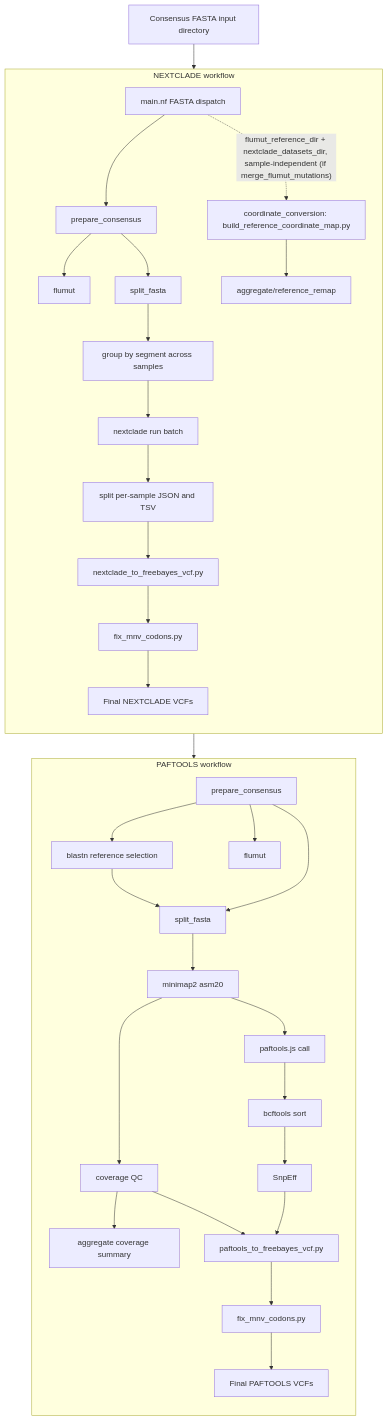
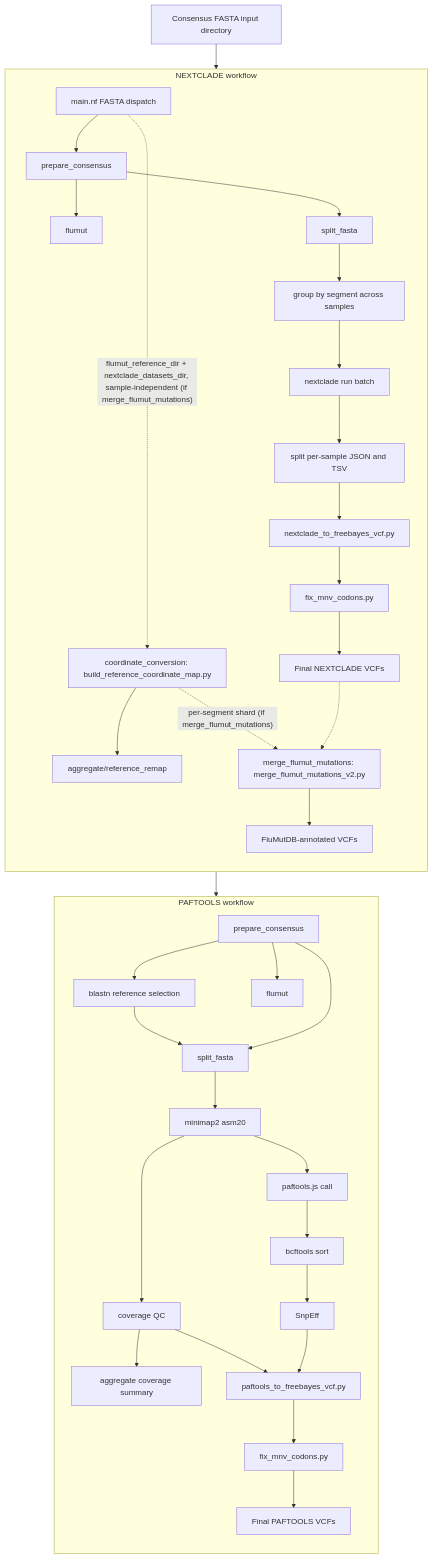
The diagram in README.md (BCCDC-PHL/fluscan-nf), drawn with Mermaid before and after one commit. The commit also changed other lines of this file and 7 other files, not shown here.

Commit message:
updated flumut merge process to v2

````diff
--- a/README.md
+++ b/README.md
@@ -44,67 +44,72 @@
 ```mermaid
 flowchart TD
     input[Consensus FASTA input directory]
     dispatch[main.nf FASTA dispatch]
 
     input --> dispatch
     dispatch --> paftools_prepare
     dispatch --> nextclade_prepare
 
     subgraph PAFTOOLS[PAFTOOLS workflow]
         direction TB
         paftools_prepare[prepare_consensus]
         paftools_flumut[flumut]
         blastn[blastn reference selection]
         split_ref[split_fasta]
         minimap[minimap2 asm20]
         covqc[coverage QC]
         covagg[aggregate coverage summary]
         paftools_call[paftools.js call]
         sortvcf[bcftools sort]
         snpeff[SnpEff]
         paf2fb[paftools_to_freebayes_vcf.py]
         fixmnv_paf[fix_mnv_codons.py]
         paf_final[Final PAFTOOLS VCFs]
 
         paftools_prepare --> blastn
         paftools_prepare --> paftools_flumut
         paftools_prepare --> split_ref
         blastn --> split_ref
         split_ref --> minimap
         minimap --> covqc
         covqc --> covagg
         minimap --> paftools_call
         paftools_call --> sortvcf
         sortvcf --> snpeff
         snpeff --> paf2fb
         covqc --> paf2fb
         paf2fb --> fixmnv_paf
         fixmnv_paf --> paf_final
     end
 
     subgraph NEXTCLADE[NEXTCLADE workflow]
         direction TB
         nextclade_prepare[prepare_consensus]
         nextclade_flumut[flumut]
         split_consensus[split_fasta]
         groupseg[group by segment across samples]
         nc_run[nextclade run batch]
         split_results[split per-sample JSON and TSV]
         nc2vcf[nextclade_to_freebayes_vcf.py]
         fixmnv_nc[fix_mnv_codons.py]
         nc_final[Final NEXTCLADE VCFs]
         coord_map[coordinate_conversion: build_reference_coordinate_map.py]
         coord_final[aggregate/reference_remap]
+        flumut_merge[merge_flumut_mutations: merge_flumut_mutations_v2.py]
+        flumut_merged[FluMutDB-annotated VCFs]
 
         nextclade_prepare --> nextclade_flumut
         nextclade_prepare --> split_consensus
         split_consensus --> groupseg
         groupseg --> nc_run
         nc_run --> split_results
         split_results --> nc2vcf
         nc2vcf --> fixmnv_nc
         fixmnv_nc --> nc_final
         dispatch -.->|"flumut_reference_dir + nextclade_datasets_dir, sample-independent (if merge_flumut_mutations)"| coord_map
         coord_map --> coord_final
+        coord_map -.->|"per-segment shard (if merge_flumut_mutations)"| flumut_merge
+        nc_final -.-> flumut_merge
+        flumut_merge --> flumut_merged
     end
 ```
````
